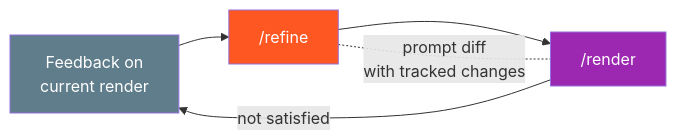
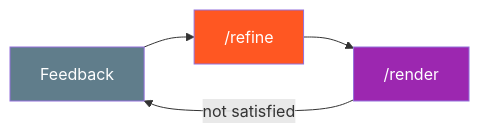
One commit to nguyenvanduocit/pandaConcept changed the third of 3 diagrams in README.md. Above: the diagram before and after it, drawn with Mermaid. The commit also changed other lines of this file and 8 other files, not shown here.

First line of the commit message:
Add Graph of Skills: interconnected skill network with session context and gotchas

````diff
--- a/README.md
+++ b/README.md
@@ -64,12 +106,10 @@
 ```mermaid
 graph LR
-    FB["Feedback on<br>current render"] --> RF["/refine"]
+    FB["Feedback"] --> RF["/refine"]
     RF --> R["/render"]
     R -->|"not satisfied"| FB
-
-    RF -.-|"prompt diff<br>with tracked changes"| R
 
     style FB fill:#607D8B,color:#fff
     style RF fill:#FF5722,color:#fff
     style R fill:#9C27B0,color:#fff
 ```
````
